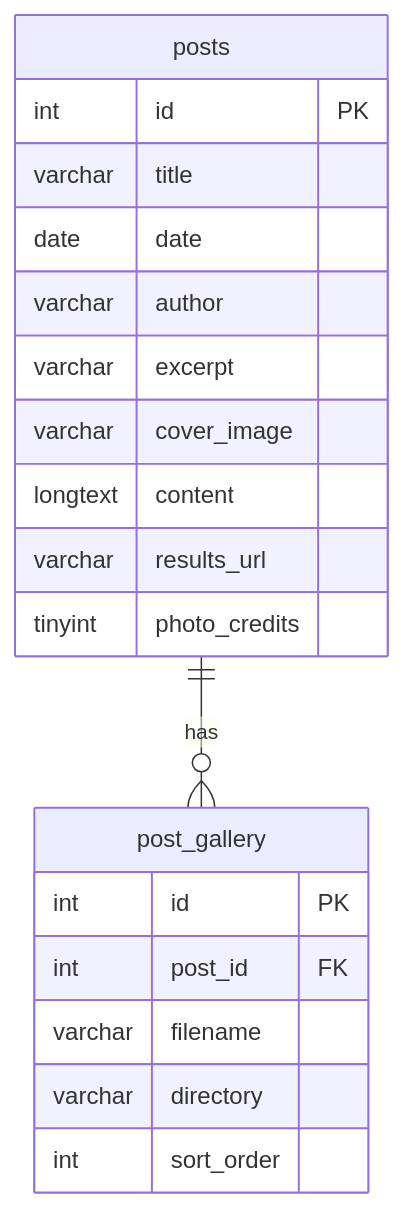
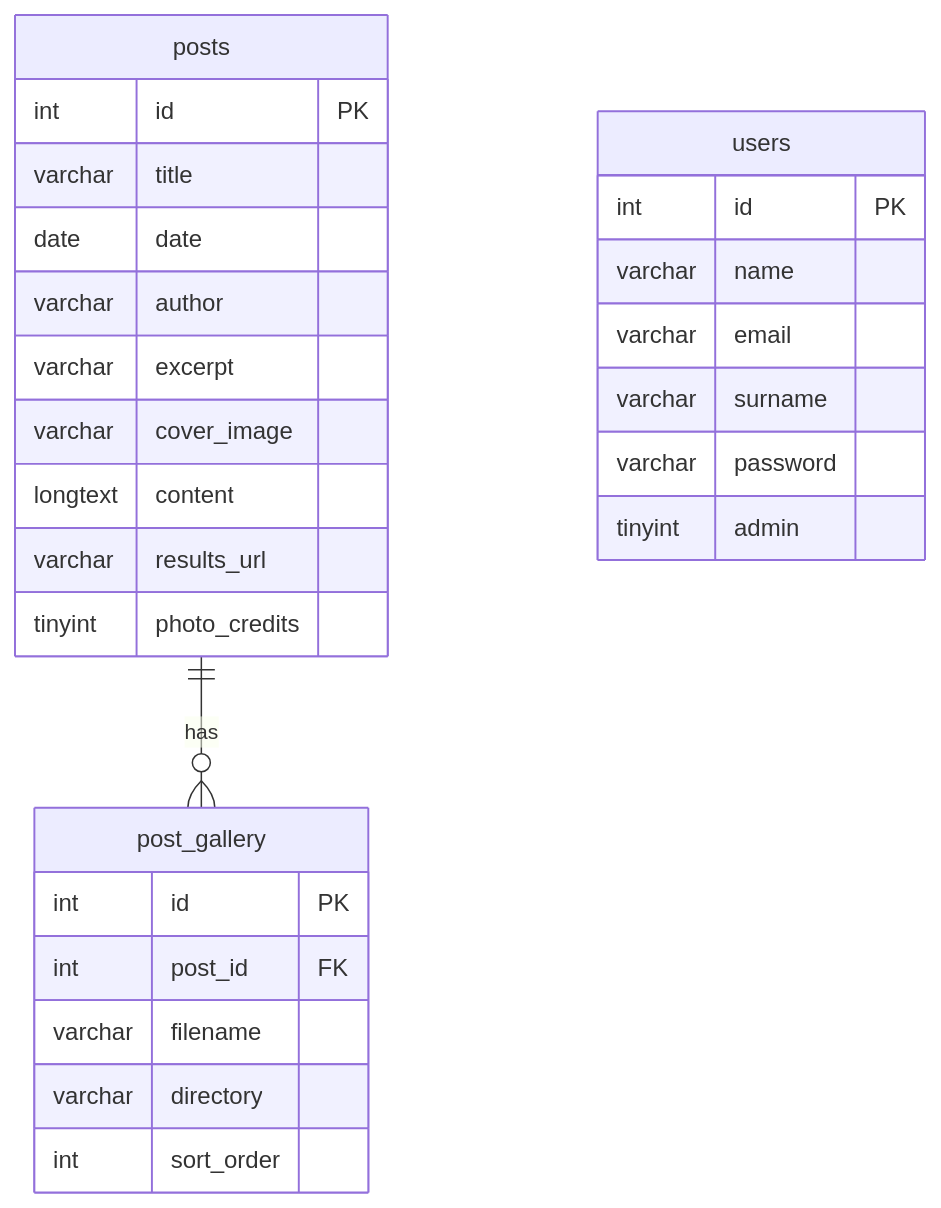
Before and after one commit to AlexSzczygielski/argo_website: the diagram in db/README.md, drawn with Mermaid. The commit also changed other lines of this file and 13 other files, not shown here.

````diff
--- a/db/README.md
+++ b/db/README.md
@@ -19,24 +19,33 @@
 ```mermaid
 erDiagram
     posts {
         int id PK
         varchar title
         date date
         varchar author
         varchar excerpt
         varchar cover_image
         longtext content
         varchar results_url
         tinyint photo_credits
     }
 
     post_gallery {
         int id PK
         int post_id FK
         varchar filename
         varchar directory
         int sort_order
     }
 
+    users {
+        int id PK
+        varchar name
+        varchar email
+        varchar surname
+        varchar password
+        tinyint admin
+    }
+
     posts ||--o{ post_gallery : "has"
 ```
````
